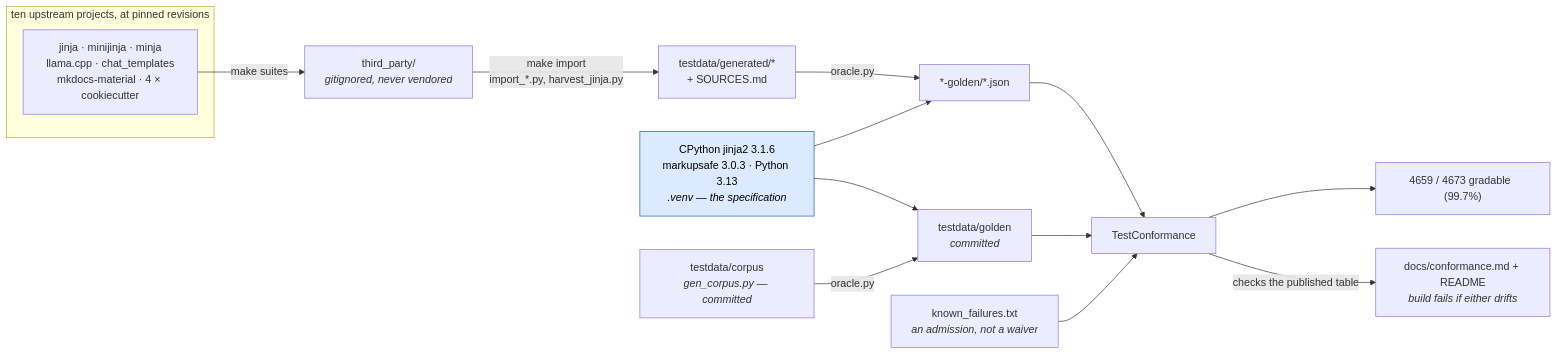
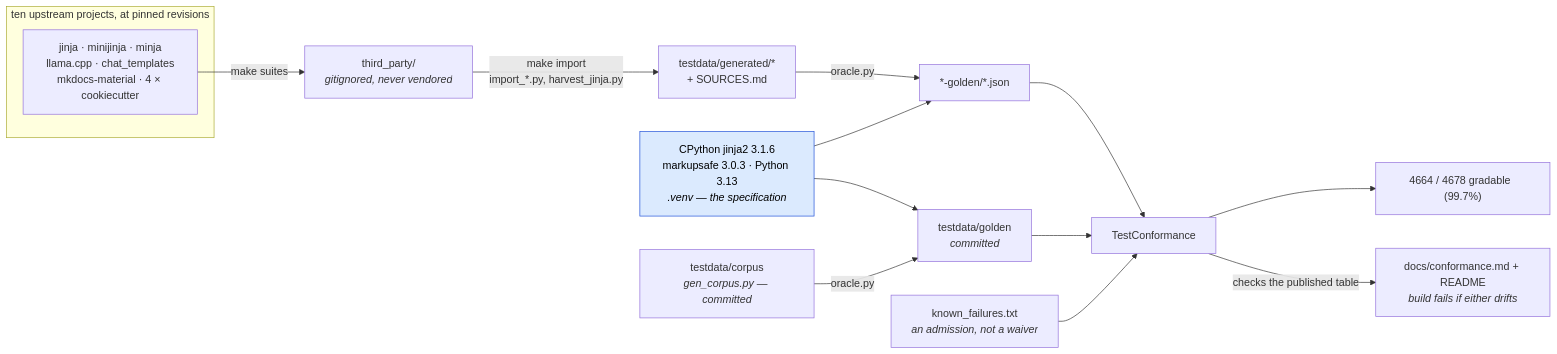
Before and after one commit to mgilbir/gojja2: the first of 2 diagrams in docs/conformance.md, drawn with Mermaid. The commit also changed other lines of this file and 20 other files, not shown here.

````diff
--- a/docs/conformance.md
+++ b/docs/conformance.md
@@ -17,24 +17,24 @@
 ```mermaid
 flowchart LR
     subgraph up["ten upstream projects, at pinned revisions"]
         U1["jinja · minijinja · minja<br/>llama.cpp · chat_templates<br/>mkdocs-material · 4 × cookiecutter"]
     end
     U1 -->|"make suites"| TP["third_party/<br/><i>gitignored, never vendored</i>"]
     TP -->|"make import<br/>import_*.py, harvest_jinja.py"| GEN["testdata/generated/*<br/>+ SOURCES.md"]
 
     ORA["CPython jinja2 3.1.6<br/>markupsafe 3.0.3 · Python 3.13<br/><i>.venv — the specification</i>"]
     GEN -->|"oracle.py"| G2["*-golden/*.json"]
     ORA --> G2
 
     OWN["testdata/corpus<br/><i>gen_corpus.py — committed</i>"] -->|"oracle.py"| G1["testdata/golden<br/><i>committed</i>"]
     ORA --> G1
 
     G1 --> TC["TestConformance"]
     G2 --> TC
     KF["known_failures.txt<br/><i>an admission, not a waiver</i>"] --> TC
-    TC --> RATE["4659 / 4673 gradable  (99.7%)"]
+    TC --> RATE["4664 / 4678 gradable  (99.7%)"]
     TC -->|"checks the published table"| RM["docs/conformance.md + README<br/><i>build fails if either drifts</i>"]
 
     classDef spec fill:#dbeafe,stroke:#1d4ed8,color:#000
     class ORA spec
 ```
````
